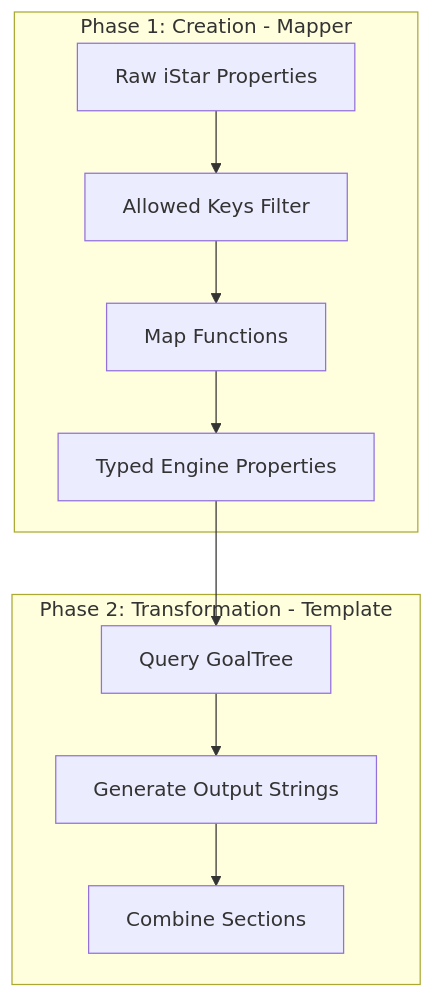
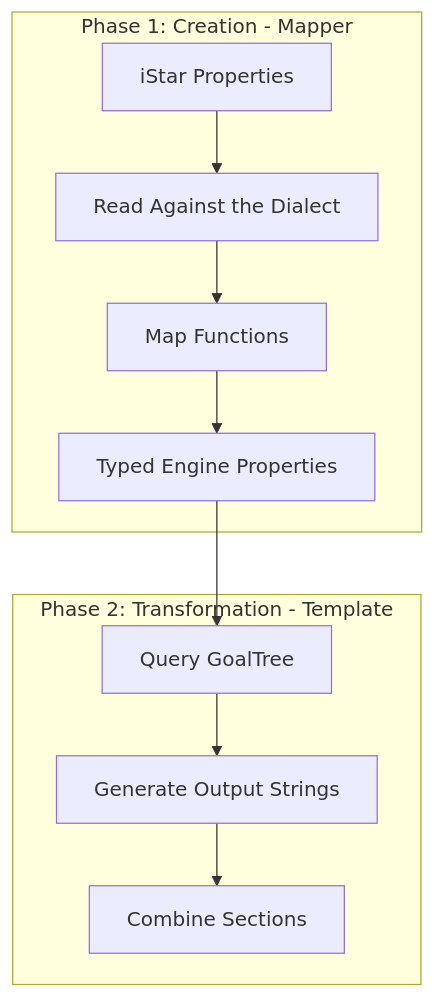
Before and after one commit to vieirin/goal-controller: the second of 4 diagrams in README.md, drawn with Mermaid. The commit also changed other lines of this file and 4 other files, not shown here.

First line of the commit message:
docs: typed mapper props (#187)

````diff
--- a/README.md
+++ b/README.md
@@ -100,17 +100,17 @@
 ```mermaid
 flowchart TB
     subgraph phase1 [Phase 1: Creation - Mapper]
-        RawProps[Raw iStar Properties]
-        AllowedKeys[Allowed Keys Filter]
+        RawProps[iStar Properties]
+        Dialect[Read Against the Dialect]
         MapFn[Map Functions]
         TypedProps[Typed Engine Properties]
-        RawProps --> AllowedKeys --> MapFn --> TypedProps
+        RawProps --> Dialect --> MapFn --> TypedProps
     end
     subgraph phase2 [Phase 2: Transformation - Template]
         Query[Query GoalTree]
         Generate[Generate Output Strings]
         Combine[Combine Sections]
         Query --> Generate --> Combine
     end
     TypedProps --> Query
 ```
````
